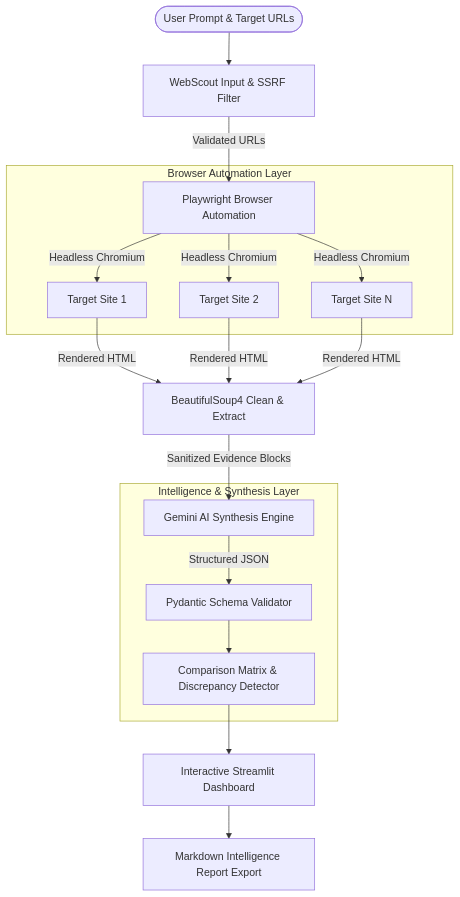
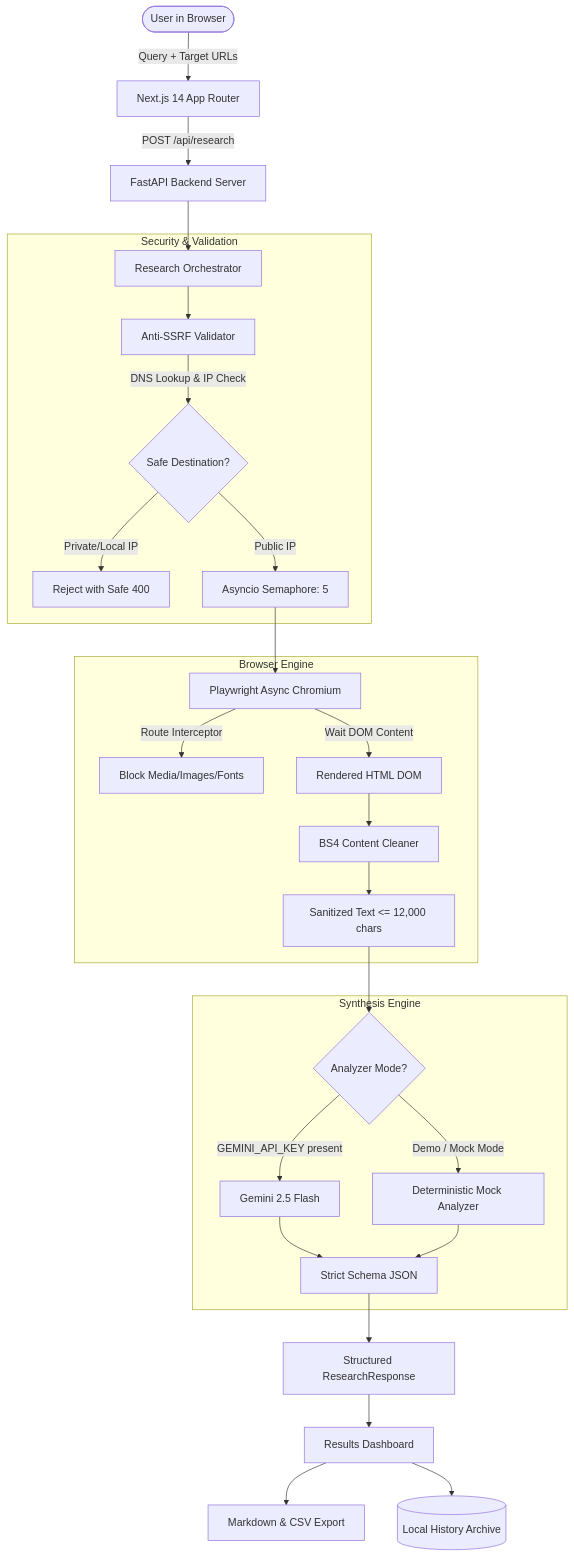
One commit to yogeshwari2007/WebScout changed the diagram in README.md. Above: the diagram before and after it, drawn with Mermaid. The commit also changed other lines of this file and 95 other files, not shown here.

Commit message:
feat: unify Next.js frontend and FastAPI Playwright backend for Vercel

````diff
--- a/README.md
+++ b/README.md
@@ -43,25 +43,34 @@
 ```mermaid
 flowchart TD
-    User([User Prompt & Target URLs]) --> InputEngine[WebScout Input & SSRF Filter]
-    InputEngine -->|Validated URLs| NavEngine[Playwright Browser Automation]
+    User([User in Browser]) -->|Query + Target URLs| Frontend[Next.js 14 App Router]
+    Frontend -->|POST /api/research| FastAPI[FastAPI Backend Server]
+    FastAPI --> Orchestrator[Research Orchestrator]
     
-    subgraph Browser Automation Layer
-        NavEngine -->|Headless Chromium| Site1[Target Site 1]
-        NavEngine -->|Headless Chromium| Site2[Target Site 2]
-        NavEngine -->|Headless Chromium| SiteN[Target Site N]
+    subgraph Security & Validation
+        Orchestrator --> URLValidator[Anti-SSRF Validator]
+        URLValidator -->|DNS Lookup & IP Check| SecurityGuard{Safe Destination?}
+        SecurityGuard -->|Private/Local IP| Reject[Reject with Safe 400]
+        SecurityGuard -->|Public IP| ConcurrencyPool[Asyncio Semaphore: 5]
     end
-
-    Site1 -->|Rendered HTML| Extract[BeautifulSoup4 Clean & Extract]
-    Site2 -->|Rendered HTML| Extract
-    SiteN -->|Rendered HTML| Extract
-
-    Extract -->|Sanitized Evidence Blocks| AI[Gemini AI Synthesis Engine]
     
-    subgraph Intelligence & Synthesis Layer
-        AI -->|Structured JSON| PydanticVal[Pydantic Schema Validator]
-        PydanticVal --> MatrixGen[Comparison Matrix & Discrepancy Detector]
+    subgraph Browser Engine
+        ConcurrencyPool --> Playwright[Playwright Async Chromium]
+        Playwright -->|Route Interceptor| Filter[Block Media/Images/Fonts]
+        Playwright -->|Wait DOM Content| DOM[Rendered HTML DOM]
+        DOM --> Cleaner[BS4 Content Cleaner]
+        Cleaner --> ExtractedText[Sanitized Text <= 12,000 chars]
     end
-
-    MatrixGen --> Dashboard[Interactive Streamlit Dashboard]
-    Dashboard --> Export[Markdown Intelligence Report Export]
+    
+    subgraph Synthesis Engine
+        ExtractedText --> AnalyzerSwitch{Analyzer Mode?}
+        AnalyzerSwitch -->|GEMINI_API_KEY present| Gemini[Gemini 2.5 Flash]
+        AnalyzerSwitch -->|Demo / Mock Mode| MockAnalyzer[Deterministic Mock Analyzer]
+        Gemini --> StructuredJSON[Strict Schema JSON]
+        MockAnalyzer --> StructuredJSON
+    end
+    
+    StructuredJSON --> Response[Structured ResearchResponse]
+    Response --> ResultsUI[Results Dashboard]
+    ResultsUI --> Export[Markdown & CSV Export]
+    ResultsUI --> LocalStorage[(Local History Archive)]
 ```
````
